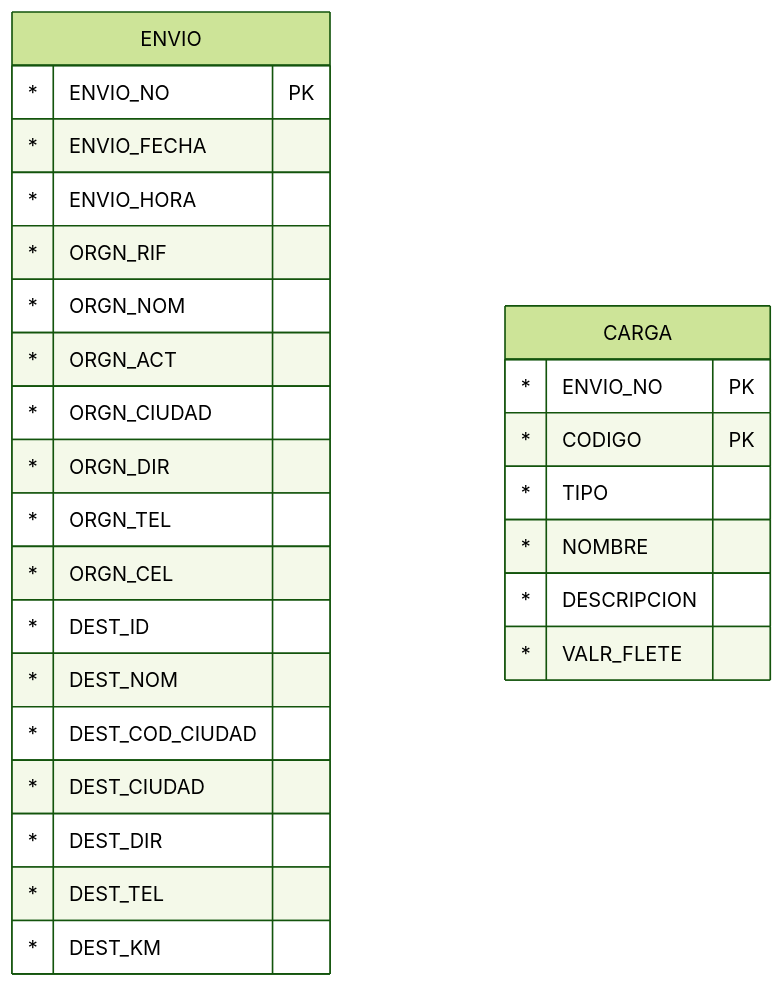
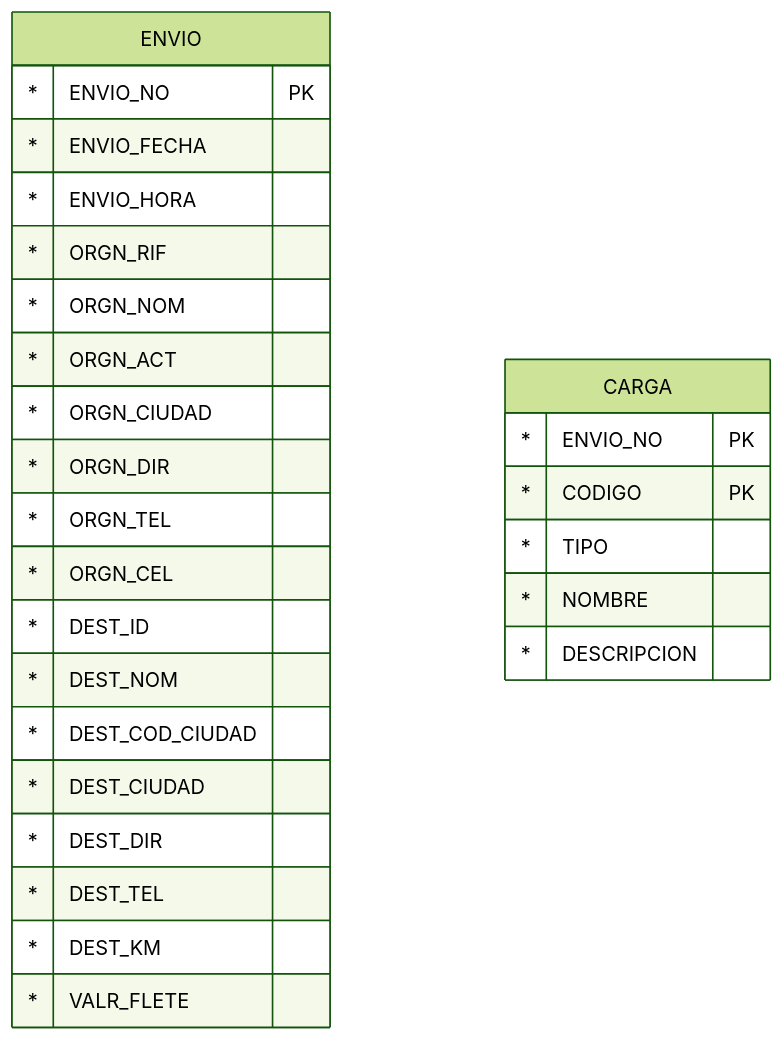
Before and after one commit to ppandomail/data: the second of 4 diagrams in materias/base-datos/tps/TP-normalizacion.md, drawn with Mermaid (forest theme). The commit also changed other lines of this file and 12 other files, not shown here.

````diff
--- a/materias/base-datos/tps/TP-normalizacion.md
+++ b/materias/base-datos/tps/TP-normalizacion.md
@@ -29,31 +30,31 @@
 ```mermaid
 erDiagram
     ENVIO {
         * ENVIO_NO PK
         * ENVIO_FECHA
         * ENVIO_HORA
         * ORGN_RIF
         * ORGN_NOM
         * ORGN_ACT
         * ORGN_CIUDAD
         * ORGN_DIR
         * ORGN_TEL
         * ORGN_CEL
         * DEST_ID
         * DEST_NOM
         * DEST_COD_CIUDAD
         * DEST_CIUDAD
         * DEST_DIR
         * DEST_TEL
-        * DEST_KM  
+        * DEST_KM 
+        * VALR_FLETE 
     }
 
     CARGA {
         * ENVIO_NO PK
         * CODIGO PK
         * TIPO
         * NOMBRE
         * DESCRIPCION
-        * VALR_FLETE
     }
 ```
````
